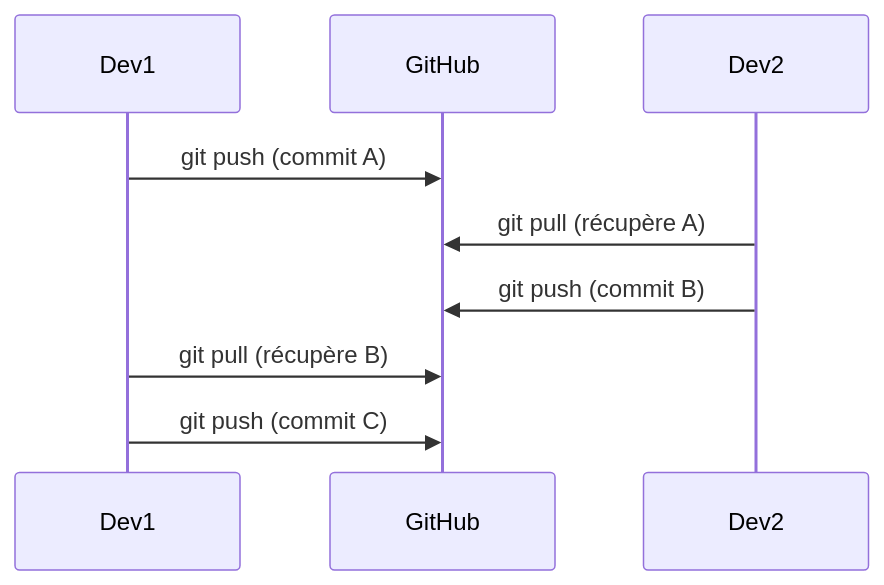
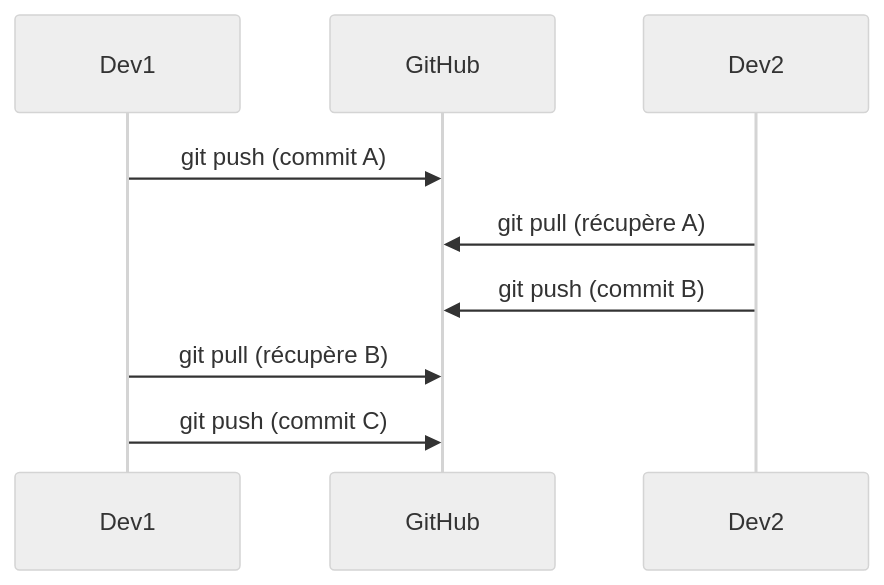
One commit to zyrass/omnyforge changed the seventh of 8 diagrams in docs/bases-fondamentales/outils/git/fondamentaux.mdx. Above: the diagram before and after it, drawn with Mermaid. The commit also changed other lines of this file and 1 other file, not shown here.

First line of the commit message:
doc: Add Git fondamentaux file

````diff
--- a/docs/bases-fondamentales/outils/git/fondamentaux.mdx
+++ b/docs/bases-fondamentales/outils/git/fondamentaux.mdx
@@ -933,12 +1238,16 @@
-```mermaid
-sequenceDiagram
-    participant Dev1
-    participant GitHub
-    participant Dev2
+    ```mermaid
+    ---
+    config:
+        theme: 'neutral'
+    ---
+    sequenceDiagram
+        participant Dev1
+        participant GitHub
+        participant Dev2
 
-    Dev1->>GitHub: git push (commit A)
-    Dev2->>GitHub: git pull (récupère A)
-    Dev2->>GitHub: git push (commit B)
-    Dev1->>GitHub: git pull (récupère B)
-    Dev1->>GitHub: git push (commit C)
-```
+        Dev1->>GitHub: git push (commit A)
+        Dev2->>GitHub: git pull (récupère A)
+        Dev2->>GitHub: git push (commit B)
+        Dev1->>GitHub: git pull (récupère B)
+        Dev1->>GitHub: git push (commit C)
+    ```
````
